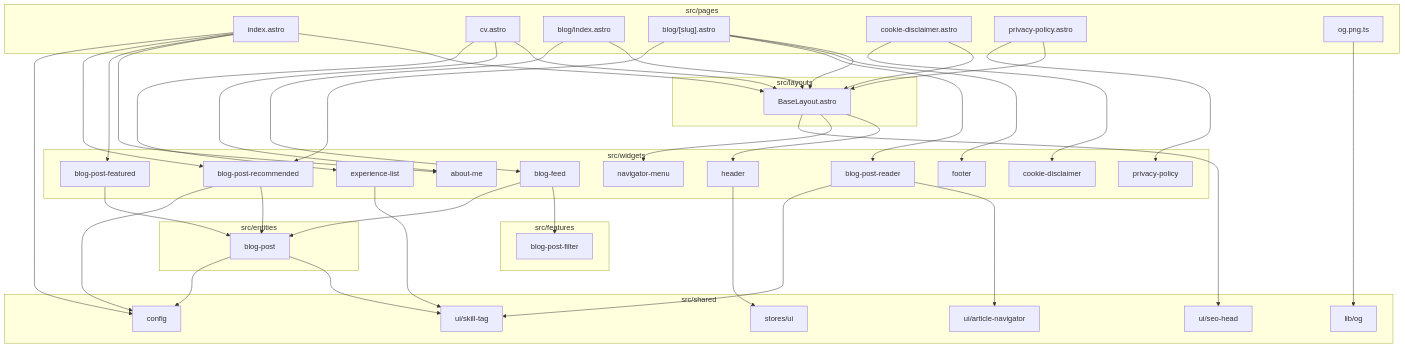
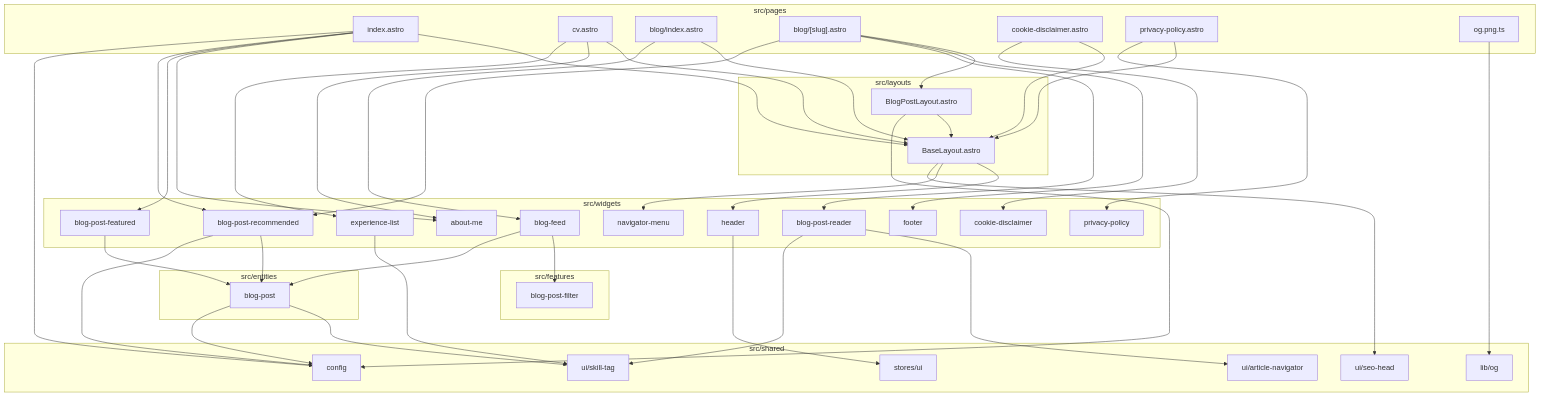
One commit to Alexits93/ai-architecture-portfolio changed the diagram in docs/ARCHITECTURE.md. Above: the diagram before and after it, drawn with Mermaid. The commit also changed 8 other files, not shown here.

First line of the commit message:
feat(layouts): add BlogPostLayout with publishedTime and BlogPosting JSON-LD (#122)

````diff
--- a/docs/ARCHITECTURE.md
+++ b/docs/ARCHITECTURE.md
@@ -5,65 +5,68 @@
 ```mermaid
 flowchart TD
     subgraph Pages["src/pages"]
         Index["index.astro"]
         CV["cv.astro"]
         BlogIndex["blog/index.astro"]
         BlogPost["blog/[slug].astro"]
         Cookie["cookie-disclaimer.astro"]
         Privacy["privacy-policy.astro"]
         OG["og.png.ts"]
     end
 
     subgraph Layouts["src/layouts"]
         Base["BaseLayout.astro"]
+        PostLayout["BlogPostLayout.astro"]
     end
 
     subgraph Widgets["src/widgets"]
         Header["header"]
         Menu["navigator-menu"]
         Footer["footer"]
         AboutMe["about-me"]
         Experience["experience-list"]
         Featured["blog-post-featured"]
         Recommended["blog-post-recommended"]
         Feed["blog-feed"]
         Reader["blog-post-reader"]
         CookieW["cookie-disclaimer"]
         PrivacyW["privacy-policy"]
     end
 
     subgraph Features["src/features"]
         Filter["blog-post-filter"]
     end
 
     subgraph Entities["src/entities"]
         Post["blog-post"]
     end
 
     subgraph Shared["src/shared"]
         SkillTag["ui/skill-tag"]
         ArticleNav["ui/article-navigator"]
         SeoHead["ui/seo-head"]
         Store["stores/ui"]
         OgLib["lib/og"]
         Config["config"]
     end
 
-    Index & CV & BlogIndex & BlogPost & Cookie & Privacy --> Base
+    Index & CV & BlogIndex & Cookie & Privacy --> Base
+    BlogPost --> PostLayout
+    PostLayout --> Base & Config
     Base --> Header & Menu & SeoHead
     Index --> AboutMe & Featured & Recommended & Config
     CV --> AboutMe & Experience
     BlogIndex --> Feed
     BlogPost --> Footer & Reader & Recommended
     Cookie --> CookieW
     Privacy --> PrivacyW
     OG --> OgLib
 
     Header --> Store
     Experience --> SkillTag
     Feed --> Filter & Post
     Featured --> Post
     Recommended --> Post & Config
     Reader --> ArticleNav & SkillTag
     Post --> SkillTag & Config
 ```
````
